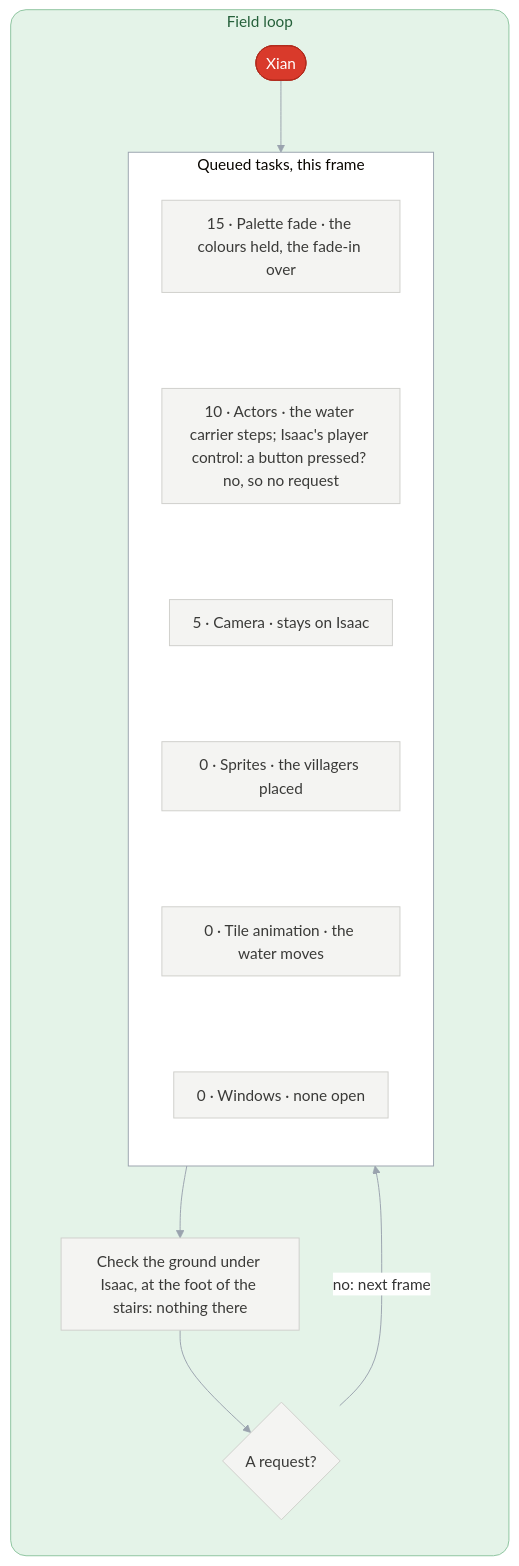
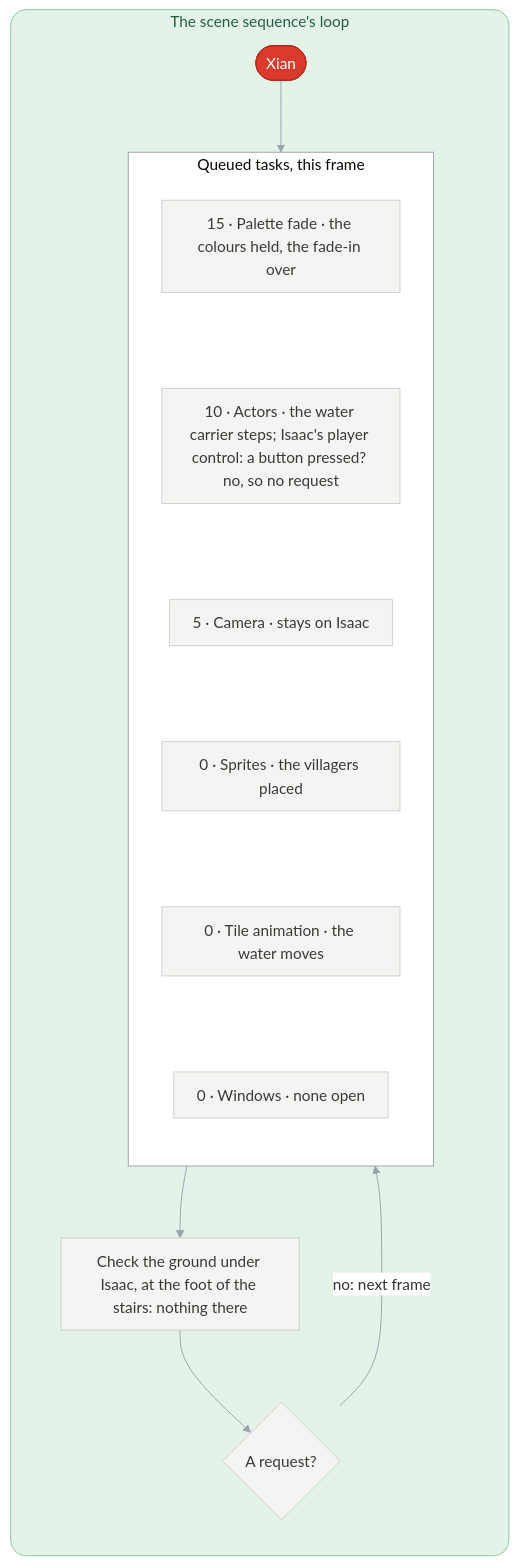
One commit to PascalPixel/alchemy changed the eighth of 9 diagrams in games/tbs/README.md. Above: the diagram before and after it, drawn with Mermaid. The commit also changed other lines of this file and 99 other files, not shown here.

````diff
--- a/games/tbs/README.md
+++ b/games/tbs/README.md
@@ -355,28 +358,28 @@
 ```mermaid
 %%{init: {"theme": "base", "themeVariables": {"lineColor": "#9AA3AE", "edgeLabelBackground": "#FFFFFF"}, "flowchart": {"curve": "basis", "padding": 12}}}%%
 flowchart TD
-  subgraph mgr ["Field loop"]
+  subgraph mgr ["The scene sequence's loop"]
     direction TB
     xian(["Xian"]) --> queue
     subgraph queue ["Queued tasks, this frame"]
       direction TB
       t1["15 · Palette fade · the colours held, the fade-in over"] ~~~ t2["10 · Actors · the water carrier steps; Isaac's player control: a button pressed? no, so no request"]
       t2 ~~~ t3["5 · Camera · stays on Isaac"] ~~~ t4["0 · Sprites · the villagers placed"]
       t4 ~~~ t5["0 · Tile animation · the water moves"] ~~~ t6["0 · Windows · none open"]
     end
     queue --> ground["Check the ground under Isaac, at the foot of the stairs: nothing there"]
     ground --> check{"A request?"}
     check -->|"no: next frame"| queue
   end
-  classDef monitor fill:#DDE3EC,stroke:#8FA0B8,color:#2E3C50
-  classDef sceneProgram fill:#D2EEF3,stroke:#7FC3D0,color:#1E5966
+  classDef parentSequence fill:#DDE3EC,stroke:#8FA0B8,color:#2E3C50
+  classDef sceneSequence fill:#D2EEF3,stroke:#7FC3D0,color:#1E5966
   classDef battle fill:#F6D5D2,stroke:#D9928B,color:#8A2A22
-  classDef sceneManager fill:#D3EBD9,stroke:#8DC49E,color:#25603A
+  classDef sceneLoop fill:#D3EBD9,stroke:#8DC49E,color:#25603A
   classDef request fill:#FBE7C6,stroke:#E0B46A,color:#7A5212
   classDef place fill:#D93A2B,stroke:#B02A1D,color:#FFFFFF
   classDef step fill:#F4F4F2,stroke:#CFCFCB,color:#3A3A38
   class xian place
   class t1,t2,t3,t4,t5,t6,ground,check step
   style mgr fill:#E4F3E8,stroke:#8DC49E,color:#25603A,rx:16,ry:16
   style queue fill:#FFFFFF,stroke:#9AA3AE
 ```
````
